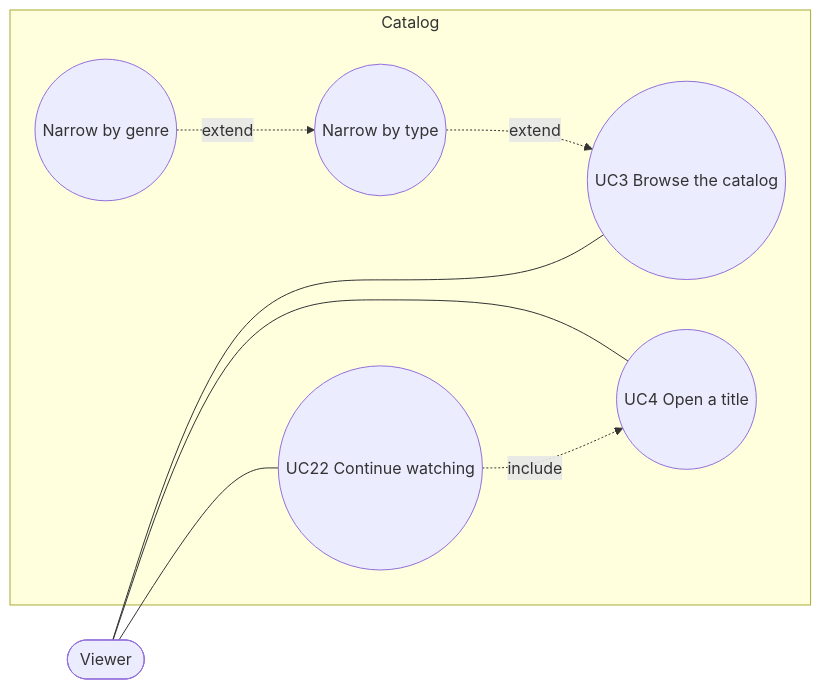
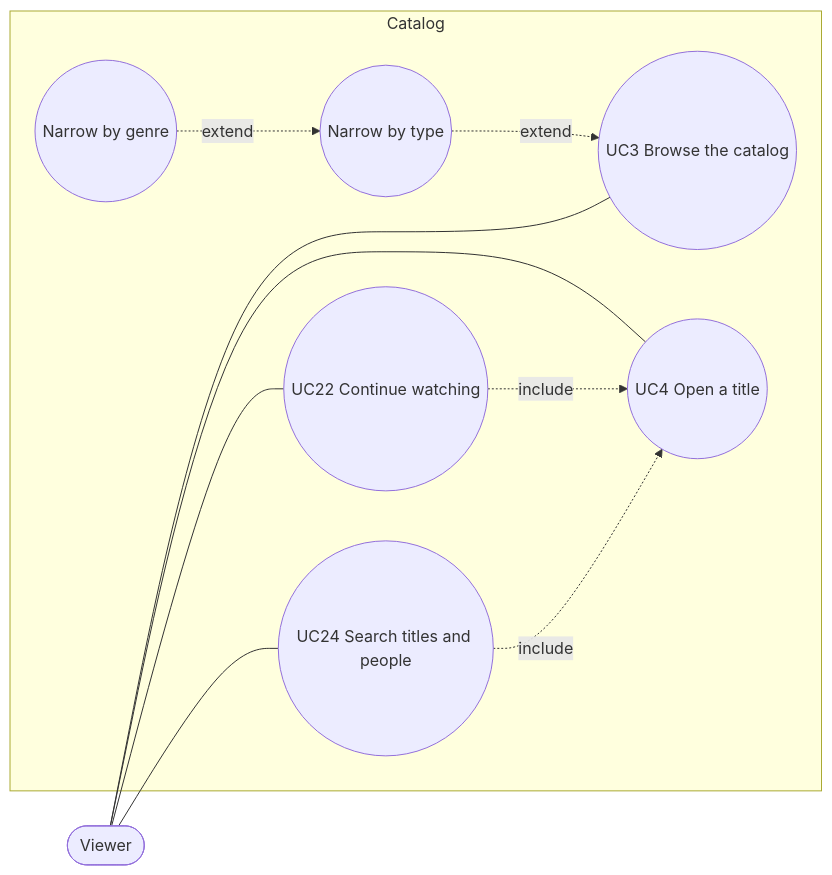
One commit to benoit-bremaud/popcorntv changed the diagram in docs/architecture/diagrams/catalog/01-use-case.md. Above: the diagram before and after it, drawn with Mermaid. The commit also changed other lines of this file and 9 other files, not shown here.

First line of the commit message:
feat(catalog): search titles and people

````diff
--- a/docs/architecture/diagrams/catalog/01-use-case.md
+++ b/docs/architecture/diagrams/catalog/01-use-case.md
@@ -8,17 +8,20 @@
 ```mermaid
 flowchart LR
   viewer([Viewer])
   subgraph Catalog
     uc3((UC3 Browse the catalog))
     uc3a((Narrow by type))
     uc3b((Narrow by genre))
     uc4((UC4 Open a title))
     uc22((UC22 Continue watching))
+    uc24((UC24 Search titles and people))
   end
   viewer --- uc3
   viewer --- uc4
   viewer --- uc22
+  viewer --- uc24
+  uc24 -. include .-> uc4
   uc22 -. include .-> uc4
   uc3a -. extend .-> uc3
   uc3b -. extend .-> uc3a
 ```
````
